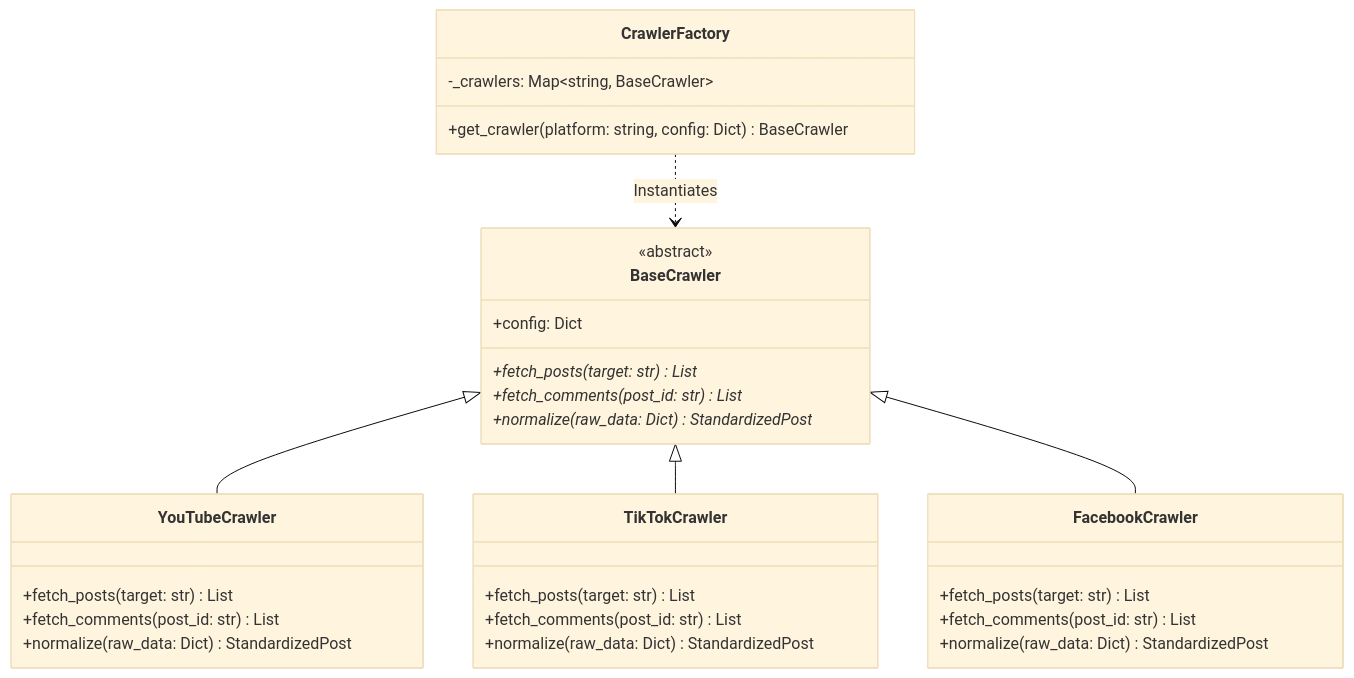
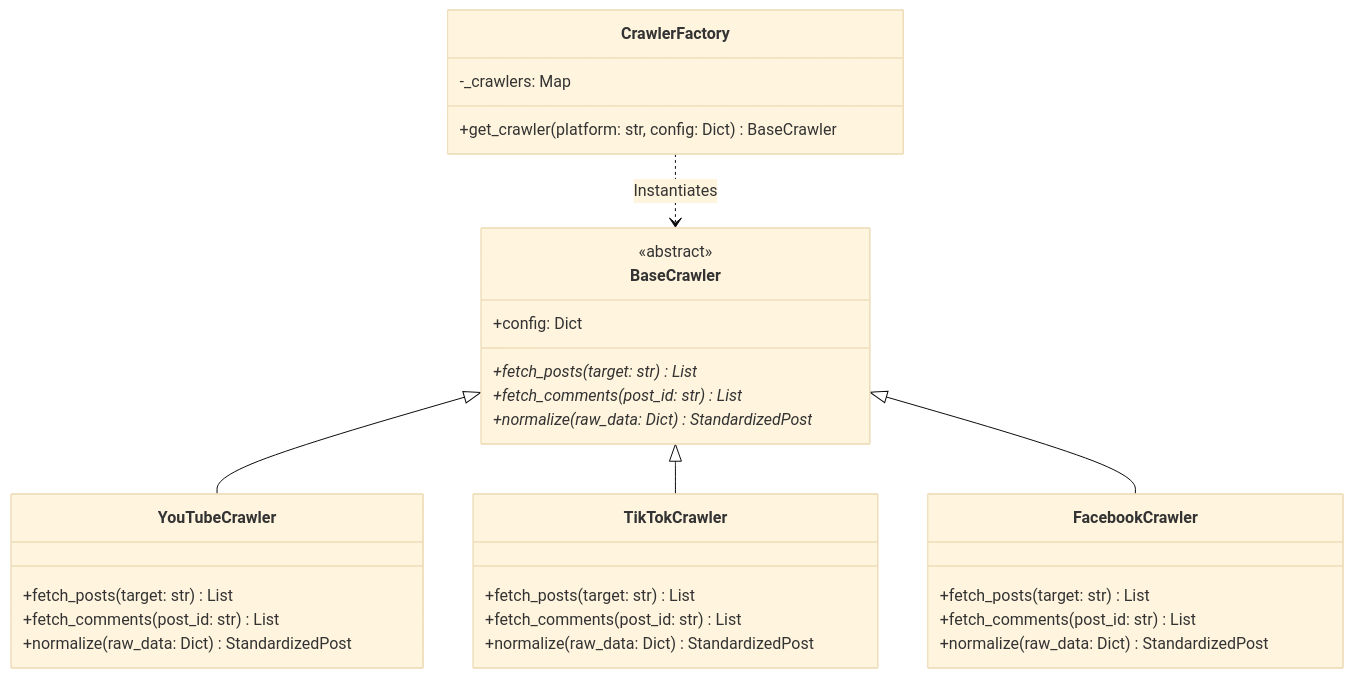
The first of 2 diagrams in docs/dynamic_crawling_architecture_design.md (lamthonn/social-sentiment-system), drawn with Mermaid (base theme) before and after one commit. The commit also changed other lines of this file and 16 other files, not shown here.

````diff
--- a/docs/dynamic_crawling_architecture_design.md
+++ b/docs/dynamic_crawling_architecture_design.md
@@ -33,38 +33,38 @@
 ```mermaid
 classDiagram
     class BaseCrawler {
         <<abstract>>
         +config: Dict
-        +fetch_posts(target: str)* List
-        +fetch_comments(post_id: str)* List
-        +normalize(raw_data: Dict)* StandardizedPost
+        +fetch_posts(target: str) List*
+        +fetch_comments(post_id: str) List*
+        +normalize(raw_data: Dict) StandardizedPost*
     }
 
     class YouTubeCrawler {
         +fetch_posts(target: str) List
         +fetch_comments(post_id: str) List
         +normalize(raw_data: Dict) StandardizedPost
     }
 
     class TikTokCrawler {
         +fetch_posts(target: str) List
         +fetch_comments(post_id: str) List
         +normalize(raw_data: Dict) StandardizedPost
     }
 
     class FacebookCrawler {
         +fetch_posts(target: str) List
         +fetch_comments(post_id: str) List
         +normalize(raw_data: Dict) StandardizedPost
     }
 
     class CrawlerFactory {
-        -_crawlers: Map~string, BaseCrawler~
-        +get_crawler(platform: string, config: Dict) BaseCrawler
+        -_crawlers: Map
+        +get_crawler(platform: str, config: Dict) BaseCrawler
     }
 
     BaseCrawler <|-- YouTubeCrawler
     BaseCrawler <|-- TikTokCrawler
     BaseCrawler <|-- FacebookCrawler
     CrawlerFactory ..> BaseCrawler : Instantiates
 ```
````
